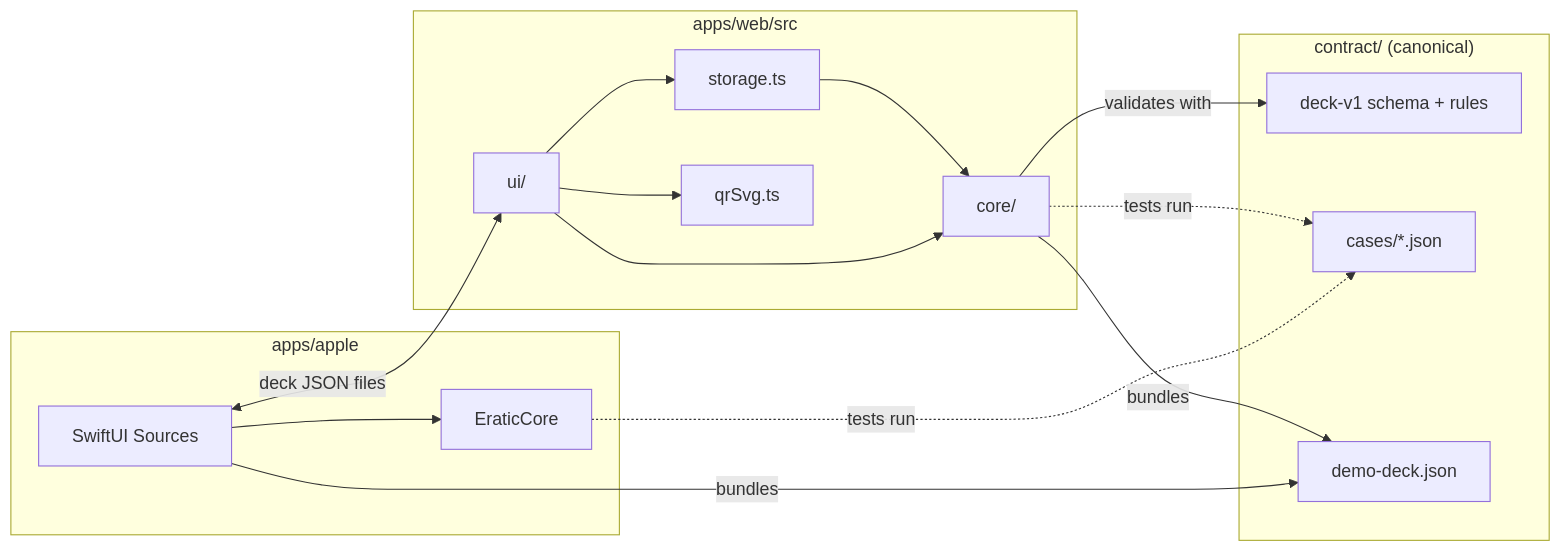
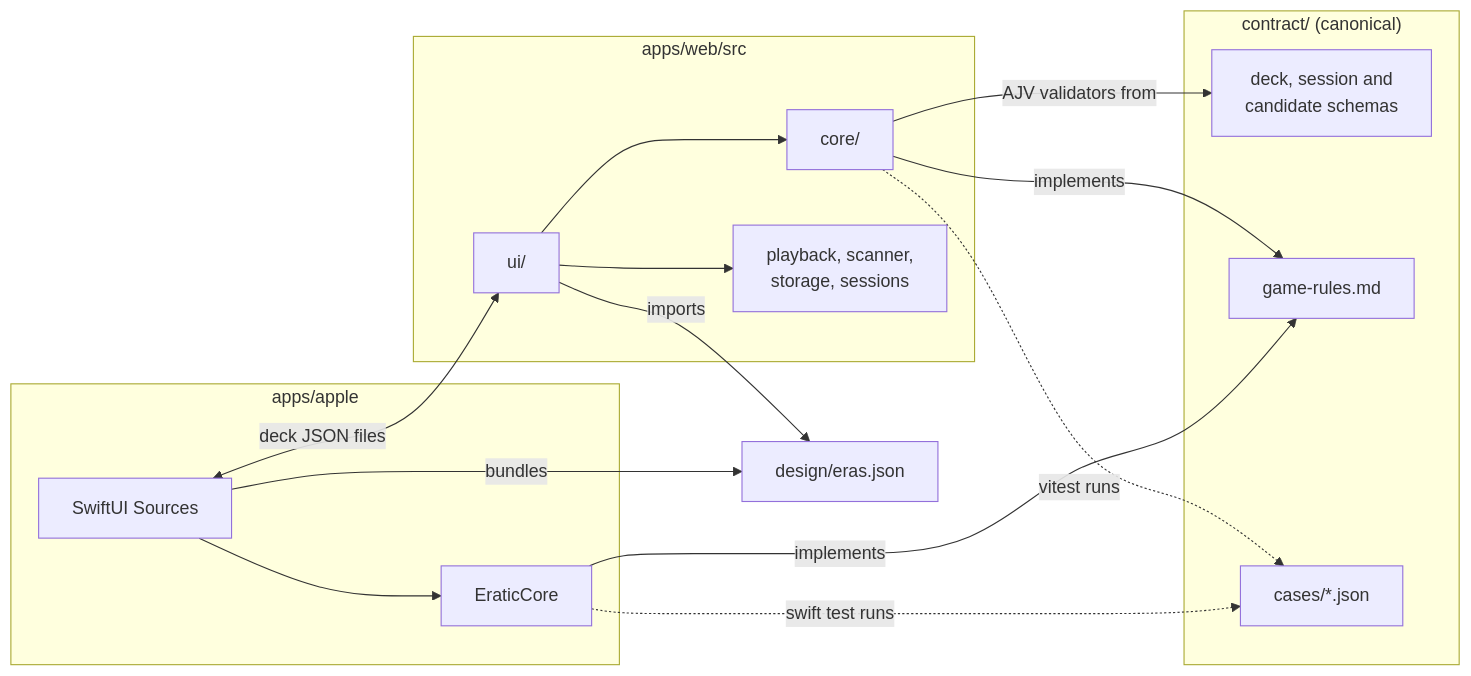
The first of 6 diagrams in ARCHITECTURE.md (sebastianspicker/eratic), drawn with Mermaid before and after one commit. The commit also changed other lines of this file and 1 other file, not shown here.

First line of the commit message:
Document how Eratic works: runtime, user journeys, phases and CI

````diff
--- a/ARCHITECTURE.md
+++ b/ARCHITECTURE.md
@@ -5,23 +7,24 @@
 ```mermaid
 flowchart LR
   subgraph contract["contract/ (canonical)"]
-    S[deck-v1 schema + rules]
-    C[cases/*.json]
-    D[demo-deck.json]
+    schemas["deck, session and<br/>candidate schemas"]
+    rules["game-rules.md"]
+    cases["cases/*.json"]
   end
+  design["design/eras.json"]
   subgraph apple["apps/apple"]
-    AUI[SwiftUI Sources] --> AC[EraticCore]
+    aui["SwiftUI Sources"] --> acore["EraticCore"]
   end
   subgraph web["apps/web/src"]
-    WUI[ui/] --> WC[core/]
-    WUI --> ST[storage.ts]
-    WUI --> QS[qrSvg.ts]
-    ST --> WC
+    wui["ui/"] --> wcore["core/"]
+    wui --> wio["playback, scanner,<br/>storage, sessions"]
   end
-  AC -. tests run .-> C
-  WC -. tests run .-> C
-  WC -- validates with --> S
-  AUI -- bundles --> D
-  WC -- bundles --> D
-  AUI <-- deck JSON files --> WUI
+  acore -.->|"swift test runs"| cases
+  wcore -.->|"vitest runs"| cases
+  wcore -->|"AJV validators from"| schemas
+  acore -->|implements| rules
+  wcore -->|implements| rules
+  aui -->|bundles| design
+  wui -->|imports| design
+  aui <-->|"deck JSON files"| wui
 ```
````
